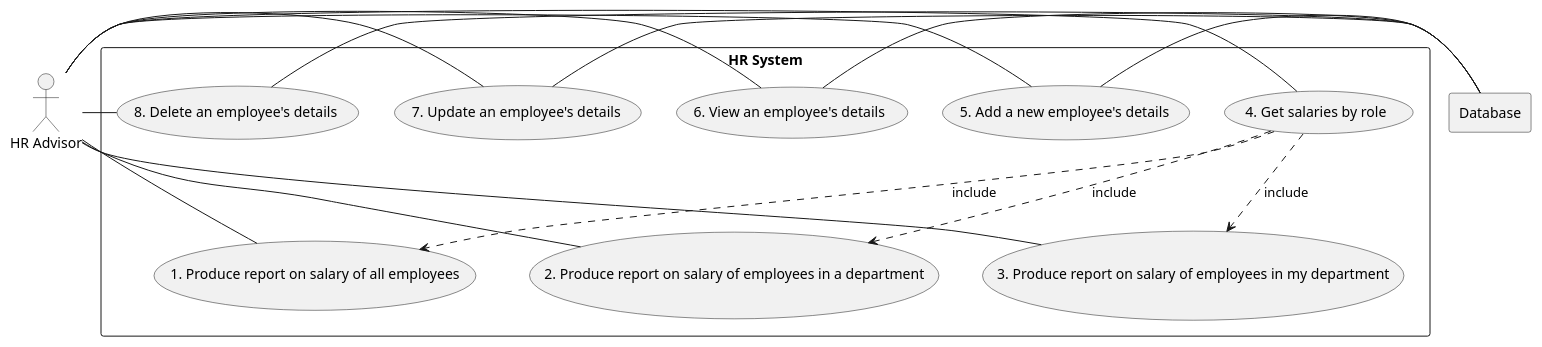
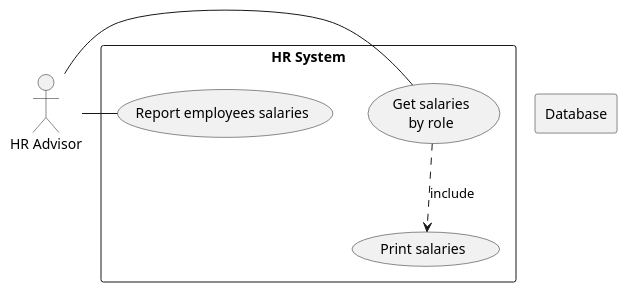
The second of 2 diagrams in use-cases/HR System.puml (sbailey27/sem), drawn with PlantUML before and after one commit. The commit also changed other lines of this file and 1 other file, not shown here.

Commit message:
added use-case.md files, edited use case diagram

```diff
--- a/use-cases/HR System.puml
+++ b/use-cases/HR System.puml
@@ -24,35 +24,20 @@
 @startuml
 
 actor HR as "HR Advisor"
 
 rectangle Database
 
 rectangle "HR System" {
-    usecase UC4 as "4. Get salaries by role"
-    usecase UC1 as "1. Produce report on salary of all employees"
-    usecase UC2 as "2. Produce report on salary of employees in a department"
-    usecase UC3 as "3. Produce report on salary of employees in my department"
-    usecase UC5 as "5. Add a new employee's details"
-    usecase UC6 as "6. View an employee's details"
-    usecase UC7 as "7. Update an employee's details"
-    usecase UC8 as "8. Delete an employee's details"
+    usecase UC4 as "Get salaries
+    by role"
+    usecase UC1 as "Report employees salaries"
+
+    usecase UCa as "Print salaries"
 
     HR - UC4
     HR - UC1
-    HR - UC2
-    HR - UC3
-    HR - UC5
-    HR - UC6
-    HR - UC7
-    HR - UC8
-
-    UC4 ..> UC1 : include
-    UC4 ..> UC2 : include
-    UC4 ..> UC3 : include
-    UC5 - Database
-    UC6 - Database
-    UC7 - Database
-    UC8 - Database
+    UC4 ..> UCa : include
+    'UC4 ..> UC1
 }
 
 @enduml
```
